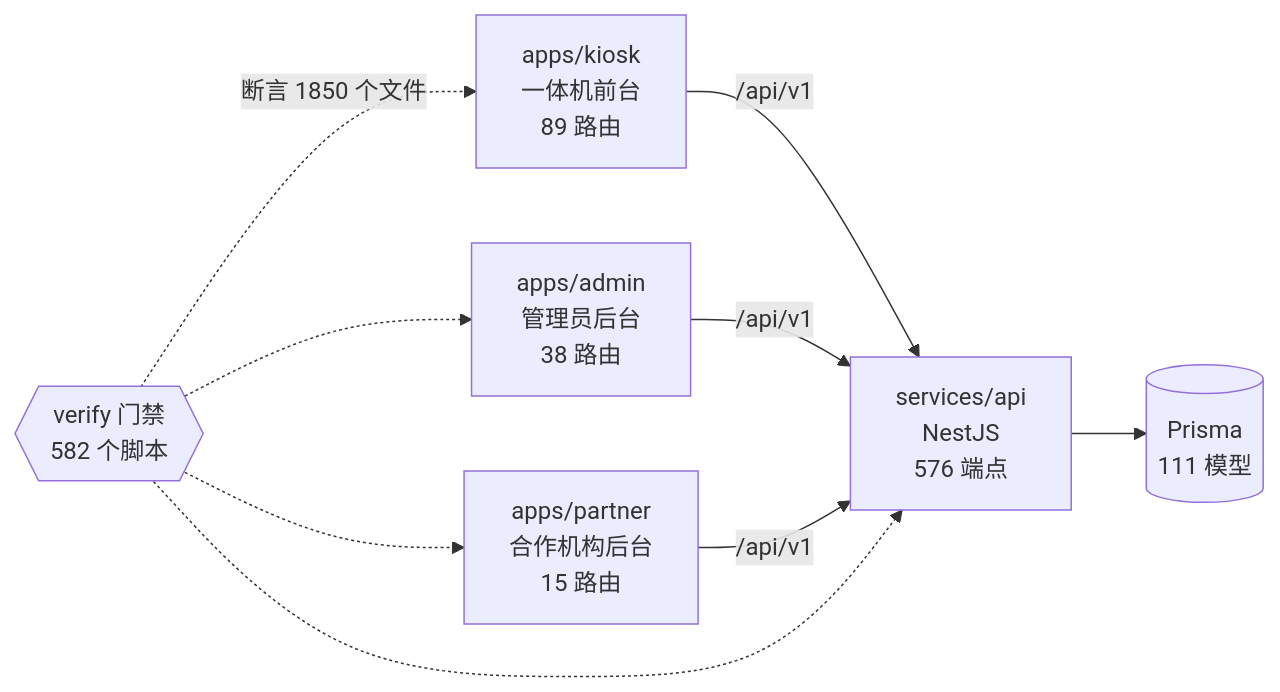
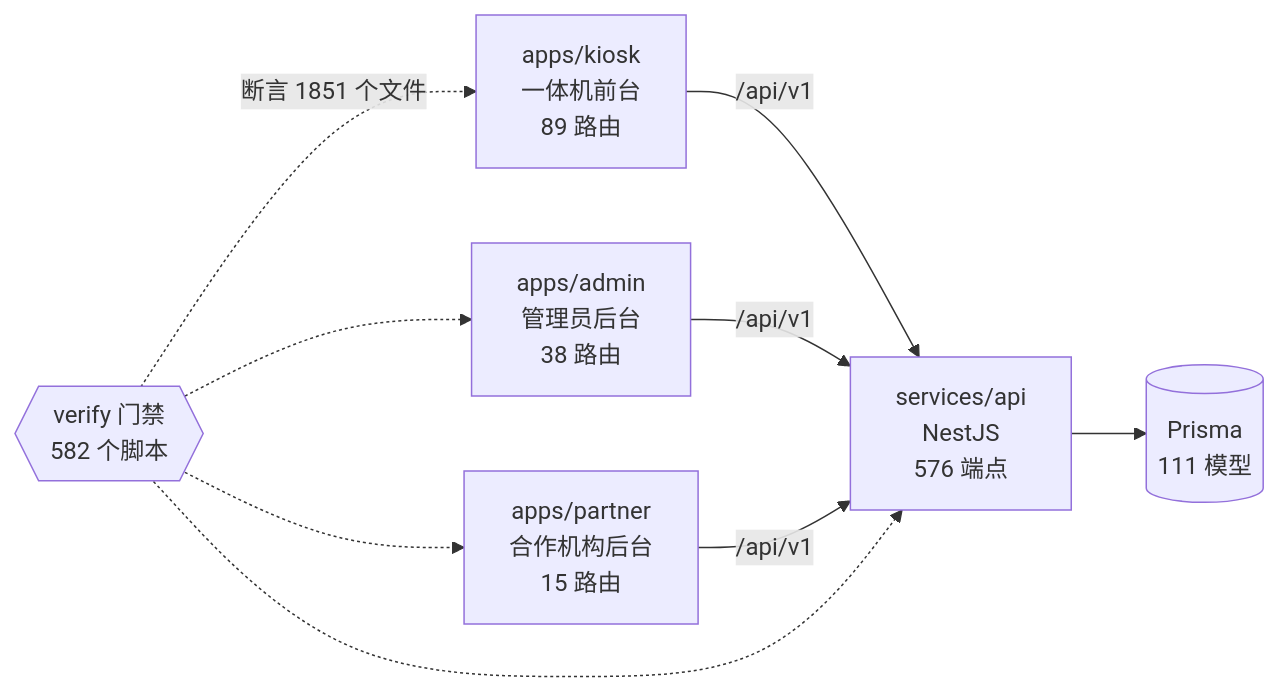
Before and after one commit to wanglei581/YITIJI: the diagram in docs/graph/README.md, drawn with Mermaid. The commit also changed other lines of this file and 1 other file, not shown here.

Commit message:
chore(graph): 并候选 07e0ad943 后重生图谱

````diff
--- a/docs/graph/README.md
+++ b/docs/graph/README.md
@@ -68,18 +68,18 @@
 ```mermaid
 flowchart LR
   kiosk["apps/kiosk<br/>一体机前台<br/>89 路由"]
   admin["apps/admin<br/>管理员后台<br/>38 路由"]
   partner["apps/partner<br/>合作机构后台<br/>15 路由"]
   api["services/api<br/>NestJS<br/>576 端点"]
   db[("Prisma<br/>111 模型")]
   gates{{"verify 门禁<br/>582 个脚本"}}
 
   kiosk -->|"/api/v1"| api
   admin -->|"/api/v1"| api
   partner -->|"/api/v1"| api
   api --> db
-  gates -.->|"断言 1850 个文件"| kiosk
+  gates -.->|"断言 1851 个文件"| kiosk
   gates -.-> admin
   gates -.-> partner
   gates -.-> api
 ```
````
